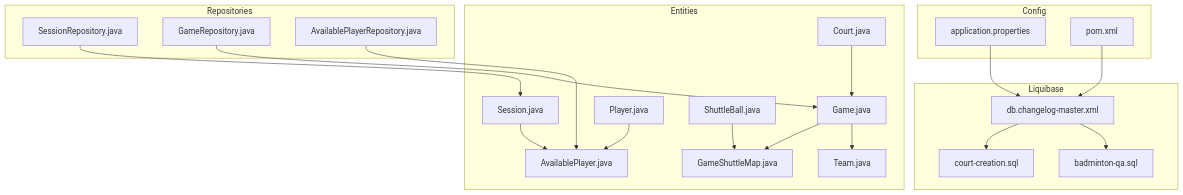
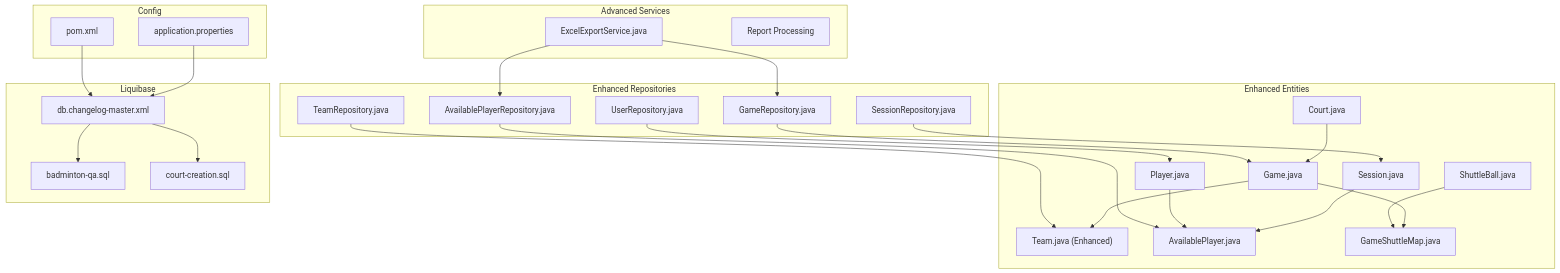
One commit to Vissel/badminton-court-management changed the first of 10 diagrams in .qoder/repowiki/en/content/Data Management & Persistence.md. Above: the diagram before and after it, drawn with Mermaid. The commit also changed other lines of this file and 36 other files, not shown here.

````diff
--- a/.qoder/repowiki/en/content/Data Management & Persistence.md
+++ b/.qoder/repowiki/en/content/Data Management & Persistence.md
@@ -46,40 +65,50 @@
 ```mermaid
 graph TB
-subgraph "Entities"
+subgraph "Enhanced Entities"
 E_Session["Session.java"]
 E_Game["Game.java"]
 E_Player["Player.java"]
-E_Team["Team.java"]
+E_Team["Team.java (Enhanced)"]
 E_Court["Court.java"]
 E_Shuttle["ShuttleBall.java"]
 E_Avail["AvailablePlayer.java"]
 E_Map["GameShuttleMap.java"]
 end
-subgraph "Repositories"
+subgraph "Enhanced Repositories"
 R_Session["SessionRepository.java"]
 R_Game["GameRepository.java"]
 R_Avail["AvailablePlayerRepository.java"]
+R_Team["TeamRepository.java"]
+R_User["UserRepository.java"]
+end
+subgraph "Advanced Services"
+S_Export["ExcelExportService.java"]
+S_Report["Report Processing"]
 end
 subgraph "Liquibase"
 L_Master["db.changelog-master.xml"]
 L_QA["badminton-qa.sql"]
 L_Courts["court-creation.sql"]
 end
 subgraph "Config"
 C_AppProps["application.properties"]
 C_Pom["pom.xml"]
 end
 E_Session --> E_Avail
 E_Player --> E_Avail
 E_Court --> E_Game
 E_Game --> E_Team
 E_Game --> E_Map
 E_Shuttle --> E_Map
 R_Session --> E_Session
 R_Game --> E_Game
 R_Avail --> E_Avail
+R_Team --> E_Team
+R_User --> E_Player
+S_Export --> R_Avail
+S_Export --> R_Game
 L_Master --> L_QA
 L_Master --> L_Courts
 C_AppProps --> L_Master
 C_Pom --> L_Master
 ```
````
